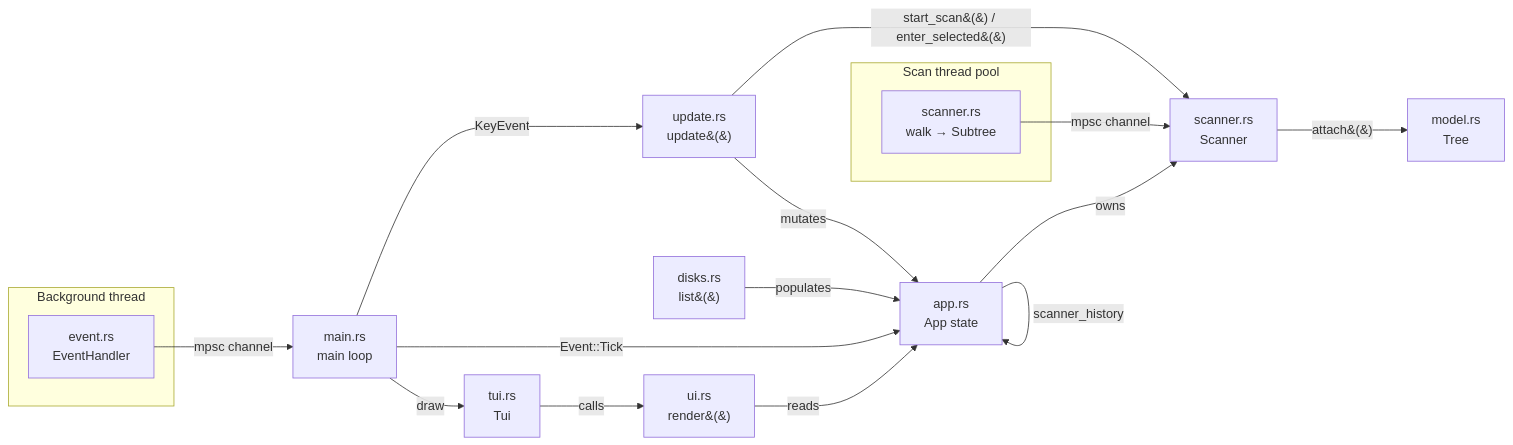
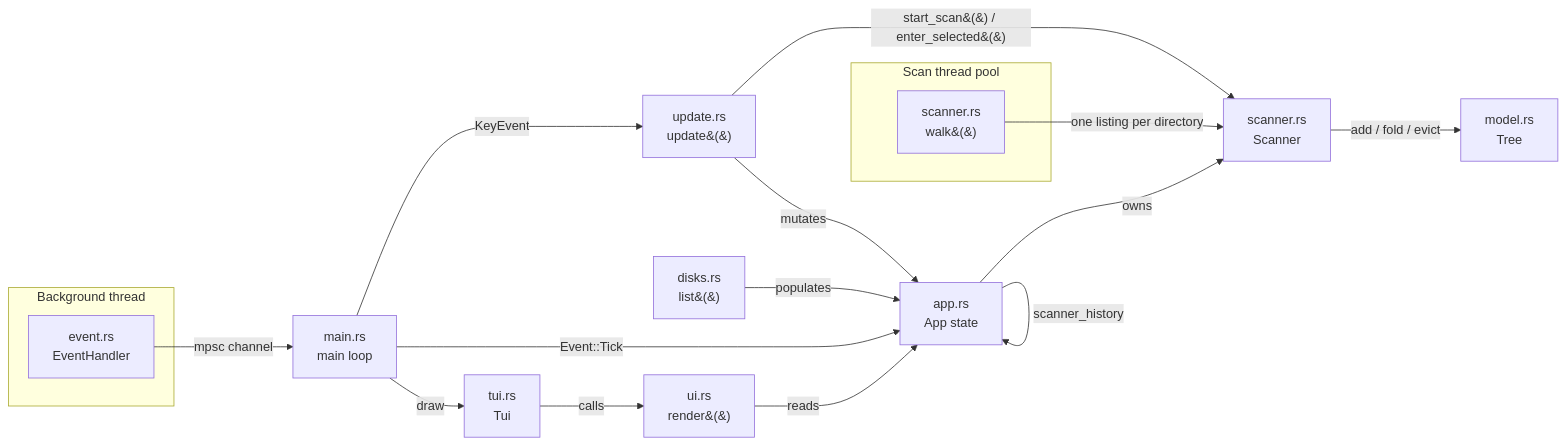
Before and after one commit to nkien0204/duv: the diagram in ARCHITECTURE.md, drawn with Mermaid. The commit also changed other lines of this file and 11 other files, not shown here.

````diff
--- a/ARCHITECTURE.md
+++ b/ARCHITECTURE.md
@@ -20,22 +20,22 @@
 ```mermaid
 flowchart LR
     subgraph bg[Background thread]
         EV[event.rs\nEventHandler]
     end
     EV -- mpsc channel --> MAIN[main.rs\nmain loop]
     MAIN -- KeyEvent --> UPD[update.rs\nupdate&#40;&#41;]
     UPD -- mutates --> APP[app.rs\nApp state]
     DISKS[disks.rs\nlist&#40;&#41;] -- populates --> APP
     UPD -- start_scan&#40;&#41; / enter_selected&#40;&#41; --> SCAN
     subgraph bg2[Scan thread pool]
-        WALK[scanner.rs\nwalk → Subtree]
+        WALK[scanner.rs\nwalk&#40;&#41;]
     end
-    WALK -- mpsc channel --> SCAN[scanner.rs\nScanner]
-    SCAN -- attach&#40;&#41; --> TREE[model.rs\nTree]
+    WALK -- one listing per directory --> SCAN[scanner.rs\nScanner]
+    SCAN -- add / fold / evict --> TREE[model.rs\nTree]
     APP -- owns --> SCAN
     APP -- scanner_history --> APP
     MAIN -- Event::Tick --> APP
     MAIN -- draw --> TUI[tui.rs\nTui]
     TUI -- calls --> UI[ui.rs\nrender&#40;&#41;]
     UI -- reads --> APP
 ```
````
